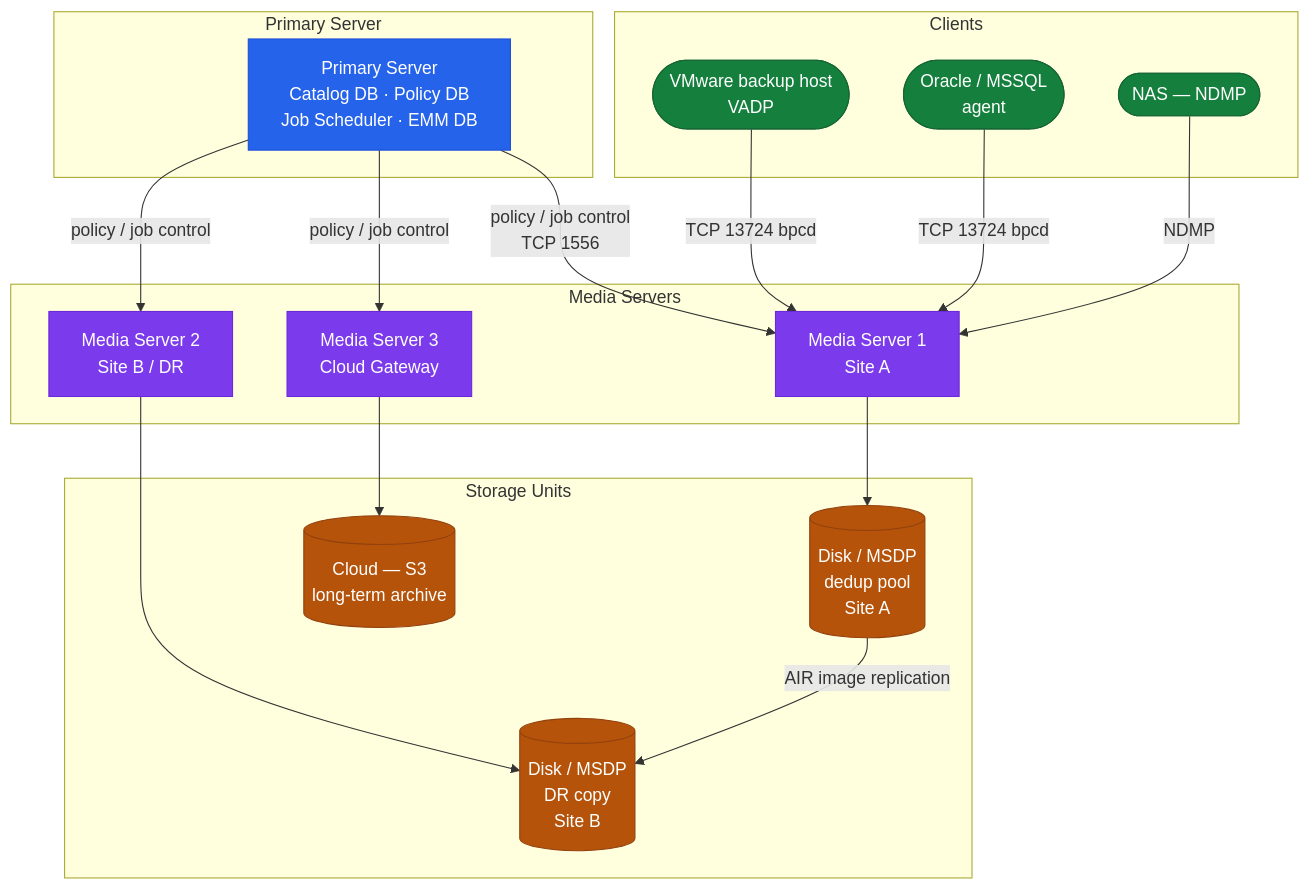
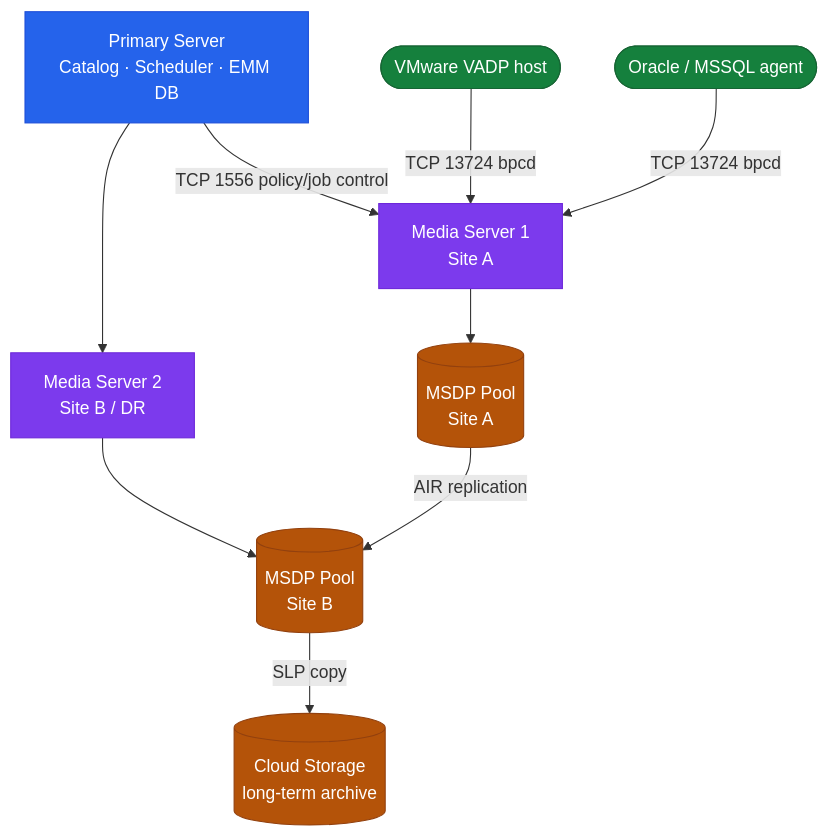
The diagram in docs/disaster-recovery/netbackup/architecture/index.md (canast01/chris-kb), drawn with Mermaid before and after one commit. The commit also changed other lines of this file and 57 other files, not shown here.

````diff
--- a/docs/disaster-recovery/netbackup/architecture/index.md
+++ b/docs/disaster-recovery/netbackup/architecture/index.md
@@ -5,47 +21,19 @@
 ```mermaid
-flowchart TD
-    subgraph masterTier [Primary Server]
-        master["Primary Server\nCatalog DB · Policy DB\nJob Scheduler · EMM DB"]
-    end
-
-    subgraph mediaTier [Media Servers]
-        ms1["Media Server 1\nSite A"]
-        ms2["Media Server 2\nSite B / DR"]
-        ms3["Media Server 3\nCloud Gateway"]
-    end
-
-    subgraph storageTier [Storage Units]
-        msdp1[("Disk / MSDP\ndedup pool\nSite A")]
-        msdp2[("Disk / MSDP\nDR copy\nSite B")]
-        cloud[("Cloud — S3\nlong-term archive")]
-    end
-
-    subgraph clientTier [Clients]
-        vmHost(["VMware backup host\nVADP"])
-        dbHost(["Oracle / MSSQL\nagent"])
-        nasHost(["NAS — NDMP"])
-    end
-
-    master -->|"policy / job control\nTCP 1556"| ms1
-    master -->|"policy / job control"| ms2
-    master -->|"policy / job control"| ms3
-
-    ms1 --> msdp1
-    ms2 --> msdp2
-    ms3 --> cloud
-
-    vmHost -->|"TCP 13724 bpcd"| ms1
-    dbHost -->|"TCP 13724 bpcd"| ms1
-    nasHost -->|"NDMP"| ms1
-
-    msdp1 -->|"AIR image replication"| msdp2
-
-    classDef masterNode fill:#2563eb,stroke:#1d4ed8,color:#fff
-    classDef mediaNode fill:#7c3aed,stroke:#6d28d9,color:#fff
-    classDef storageNode fill:#b45309,stroke:#92400e,color:#fff
-    classDef clientNode fill:#15803d,stroke:#166534,color:#fff
-    class master masterNode
-    class ms1,ms2,ms3 mediaNode
-    class msdp1,msdp2,cloud storageNode
-    class vmHost,dbHost,nasHost clientNode
+graph TB
+  MASTER["Primary Server\nCatalog · Scheduler · EMM DB"] -->|"TCP 1556 policy/job control"| MS1["Media Server 1\nSite A"]
+  MASTER --> MS2["Media Server 2\nSite B / DR"]
+  MS1 --> MSDP1[("MSDP Pool\nSite A")]
+  MS2 --> MSDP2[("MSDP Pool\nSite B")]
+  MSDP1 -->|"AIR replication"| MSDP2
+  MSDP2 -->|"SLP copy"| CLOUD[("Cloud Storage\nlong-term archive")]
+  CLIENT1(["VMware VADP host"]) -->|"TCP 13724 bpcd"| MS1
+  CLIENT2(["Oracle / MSSQL agent"]) -->|"TCP 13724 bpcd"| MS1
+  classDef master fill:#2563eb,stroke:#1d4ed8,color:#fff
+  classDef media fill:#7c3aed,stroke:#6d28d9,color:#fff
+  classDef store fill:#b45309,stroke:#92400e,color:#fff
+  classDef client fill:#15803d,stroke:#166534,color:#fff
+  class MASTER master
+  class MS1,MS2 media
+  class MSDP1,MSDP2,CLOUD store
+  class CLIENT1,CLIENT2 client
 ```
````
